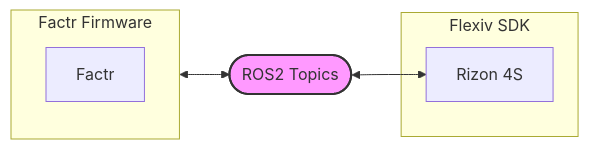
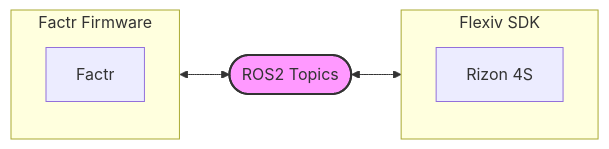
The diagram in README.md (rvl-lab-utoronto/FACTR-Server), drawn with Mermaid before and after one commit.

Commit message:
Update connection from C to E instead of D

````diff
--- a/README.md
+++ b/README.md
@@ -15,19 +15,19 @@
 ```mermaid
 graph LR
     %% Nodes definition
 
     subgraph B [Factr Firmware]
         A[Factr]
     end
     C([ROS2 Topics])
     subgraph E [Flexiv SDK]
         D[Rizon 4S]
     end
 
     %% Connections
     B <--> C
-    C <--> D
+    C <--> E
     
     %% Styling (Optional)
     style C fill:#f9f,stroke:#333,stroke-width:2px
 ```
````
